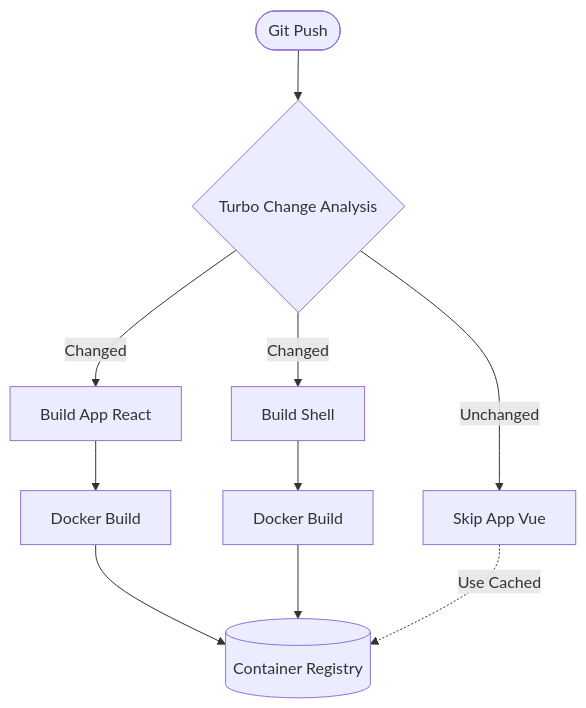
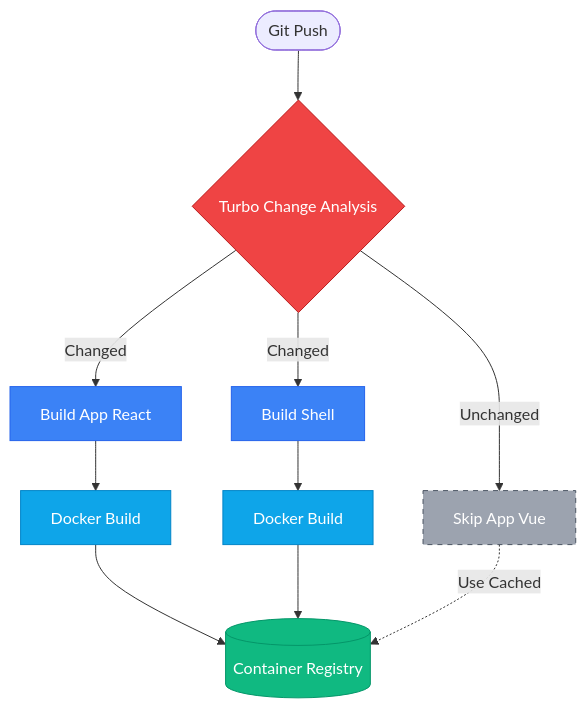
One commit to tian972k/micro-fontend-base changed the fifth of 5 diagrams in docs/TECHNICAL_OVERVIEW.md. Above: the diagram before and after it, drawn with Mermaid. The commit also changed other lines of this file and 1 other file, not shown here.

First line of the commit message:
docs(diagrams): upgrade diagrams to styled Mermaid for better visualization

````diff
--- a/docs/TECHNICAL_OVERVIEW.md
+++ b/docs/TECHNICAL_OVERVIEW.md
@@ -146,16 +153,22 @@
 ```mermaid
 graph TD
-    Start([Git Push]) --> Turbo{Turbo Change Analysis}
+    Start([Git Push]) --> Turbo{Turbo Change Analysis}:::turbo
 
-    Turbo -->|Changed| React[Build App React]
-    Turbo -->|Unchanged| Vue[Skip App Vue]
-    Turbo -->|Changed| Shell[Build Shell]
+    Turbo -->|Changed| React[Build App React]:::build
+    Turbo -->|Unchanged| Vue[Skip App Vue]:::skip
+    Turbo -->|Changed| Shell[Build Shell]:::build
 
-    React --> DockerReact[Docker Build]
-    Shell --> DockerShell[Docker Build]
+    React --> DockerReact[Docker Build]:::docker
+    Shell --> DockerShell[Docker Build]:::docker
 
-    DockerReact --> Registry[(Container Registry)]
+    DockerReact --> Registry[(Container Registry)]:::registry
     DockerShell --> Registry
 
     Vue -.->|Use Cached| Registry
+
+    classDef turbo fill:#ef4444,color:#fff,stroke:#b91c1c
+    classDef build fill:#3b82f6,color:#fff,stroke:#2563eb
+    classDef skip fill:#9ca3af,color:#fff,stroke:#4b5563,stroke-dasharray: 5 5
+    classDef docker fill:#0ea5e9,color:#fff,stroke:#0284c7
+    classDef registry fill:#10b981,color:#fff,stroke:#059669
 ```
````
